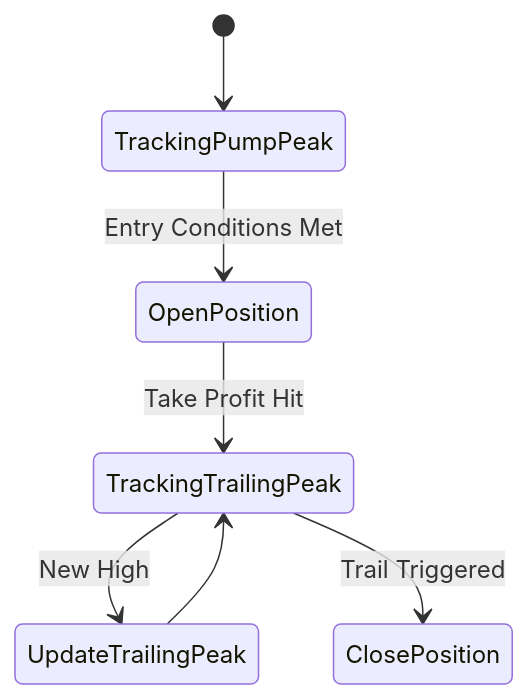
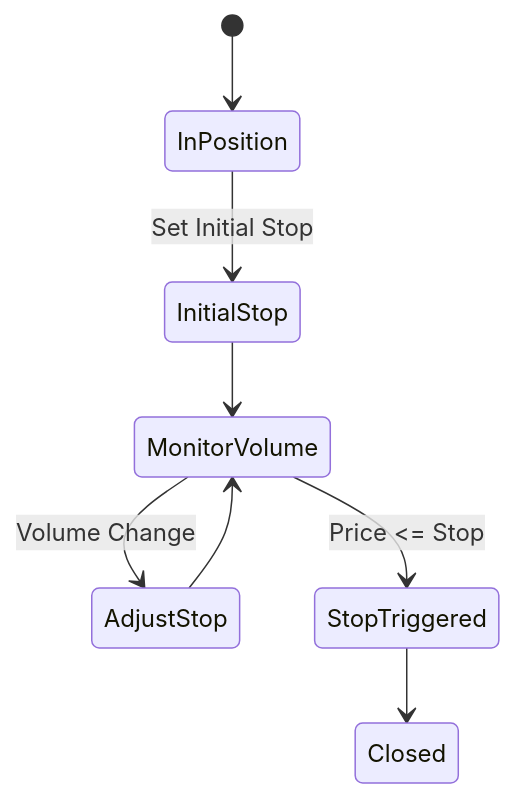
Before and after one commit to proofoftom/money-printer: the sixth of 9 diagrams in docs/diagrams/TradingScenarios.md, drawn with Mermaid. The commit also changed other lines of this file and 10 other files, not shown here.

````diff
--- a/docs/diagrams/TradingScenarios.md
+++ b/docs/diagrams/TradingScenarios.md
@@ -74,9 +85,10 @@
 ```mermaid
 stateDiagram-v2
-    [*] --> TrackingPumpPeak
-    TrackingPumpPeak --> OpenPosition: Entry Conditions Met
-    OpenPosition --> TrackingTrailingPeak: Take Profit Hit
-    TrackingTrailingPeak --> UpdateTrailingPeak: New High
-    UpdateTrailingPeak --> TrackingTrailingPeak
-    TrackingTrailingPeak --> ClosePosition: Trail Triggered
+    [*] --> InPosition
+    InPosition --> InitialStop: Set Initial Stop
+    InitialStop --> MonitorVolume
+    MonitorVolume --> AdjustStop: Volume Change
+    AdjustStop --> MonitorVolume
+    MonitorVolume --> StopTriggered: Price <= Stop
+    StopTriggered --> Closed
 ```
````
